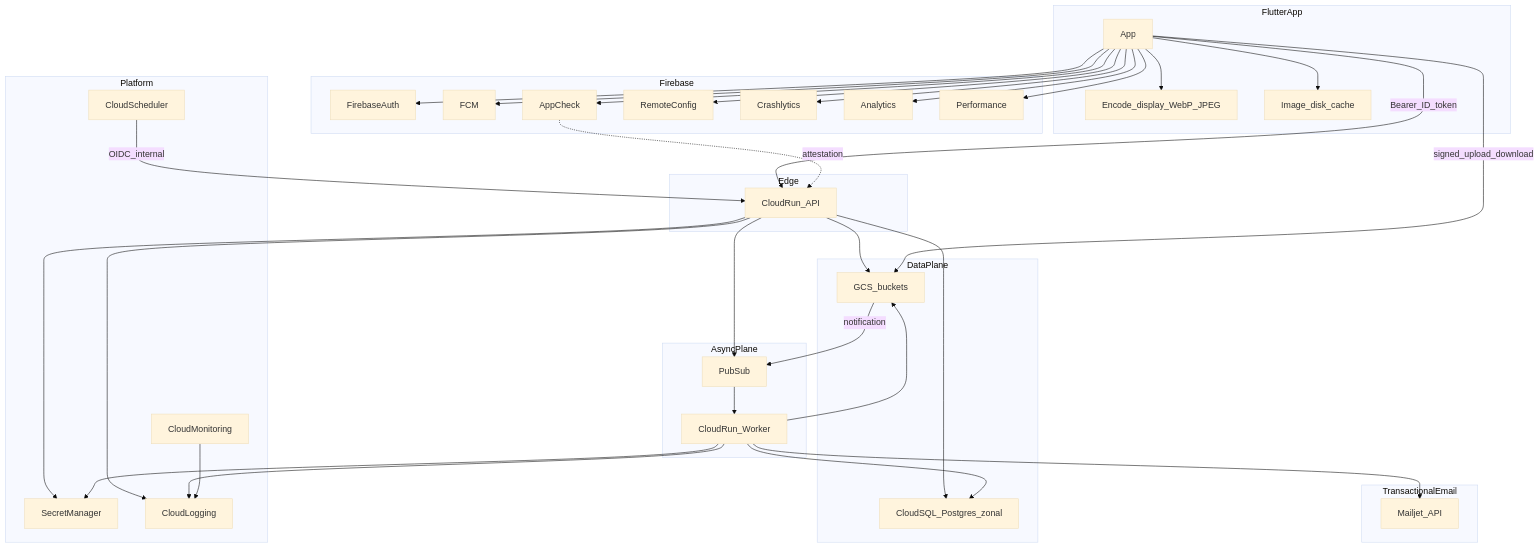
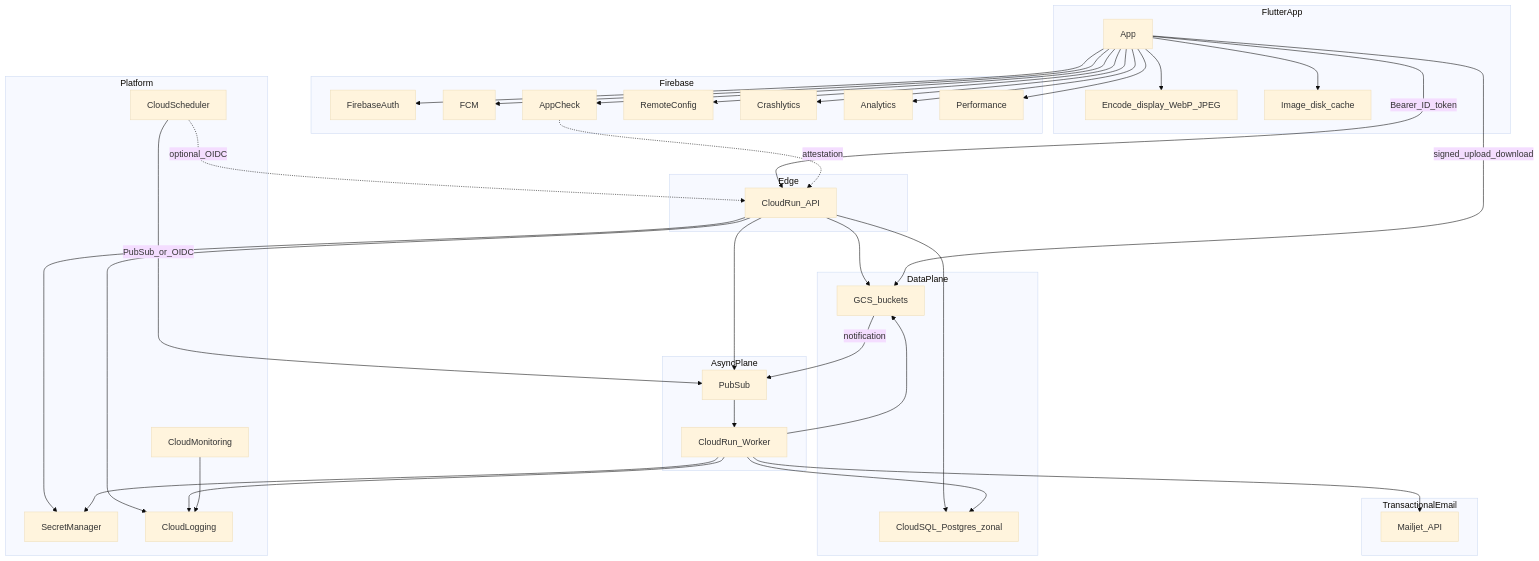
The first of 2 diagrams in docs/engineering/platform-architecture.md (dipan0saha/lanonna_app), drawn with Mermaid (base theme) before and after one commit. The commit also changed other lines of this file and 193 other files, not shown here.

````diff
--- a/docs/engineering/platform-architecture.md
+++ b/docs/engineering/platform-architecture.md
@@ -59,63 +59,64 @@
 ```mermaid
 flowchart TB
   subgraph client [FlutterApp]
     App[App]
     Encode[Encode_display_WebP_JPEG]
     Cache[Image_disk_cache]
     App --> Encode
     App --> Cache
   end
   subgraph firebase [Firebase]
     Auth[FirebaseAuth]
     FCM[FCM]
     AppCheck[AppCheck]
     RC[RemoteConfig]
     Crash[Crashlytics]
     Analytics[Analytics]
     Perf[Performance]
   end
   subgraph edge [Edge]
     RunAPI[CloudRun_API]
   end
   subgraph data [DataPlane]
     SQL[CloudSQL_Postgres_zonal]
     GCS[GCS_buckets]
   end
   subgraph async [AsyncPlane]
     PS[PubSub]
     RunWorker[CloudRun_Worker]
   end
   subgraph platform [Platform]
     SM[SecretManager]
     Log[CloudLogging]
     Mon[CloudMonitoring]
     Sched[CloudScheduler]
   end
   subgraph email [TransactionalEmail]
     MJ[Mailjet_API]
   end
   App --> Auth
   App --> FCM
   App --> AppCheck
   App --> RC
   App --> Crash
   App --> Analytics
   App --> Perf
   App -->|"Bearer_ID_token"| RunAPI
   AppCheck -.->|"attestation"| RunAPI
   RunAPI --> SQL
   RunAPI --> SM
   RunAPI --> GCS
   RunAPI --> PS
   App -->|"signed_upload_download"| GCS
   GCS -->|"notification"| PS
   PS --> RunWorker
   RunWorker --> SQL
   RunWorker --> GCS
   RunWorker --> MJ
   RunWorker --> SM
-  Sched -->|"OIDC_internal"| RunAPI
+  Sched -->|"PubSub_or_OIDC"| PS
+  Sched -.->|"optional_OIDC"| RunAPI
   RunAPI --> Log
   RunWorker --> Log
   Mon --> Log
 ```
````
